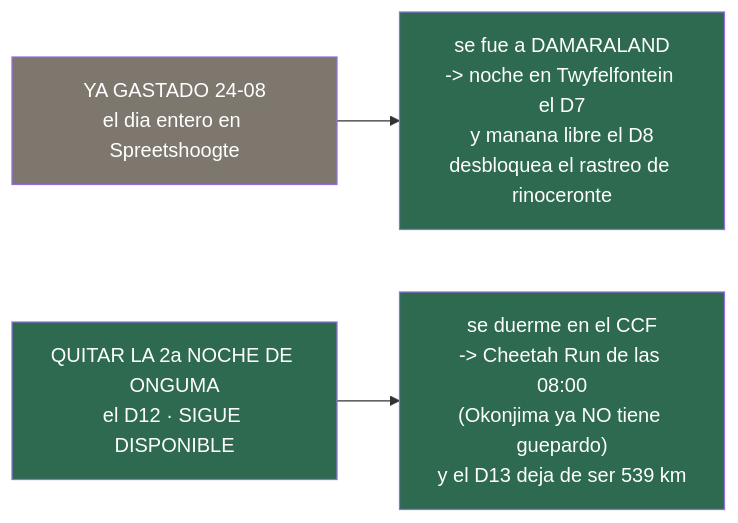
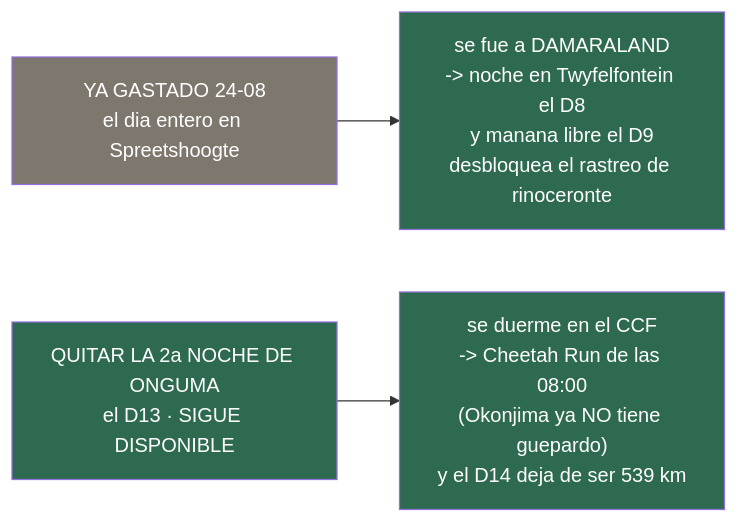
One commit to morandeirachema/namibia changed the second of 2 diagrams in 23-desvios-que-valen-la-pena.md. Above: the diagram before and after it, drawn with Mermaid. The commit also changed other lines of this file and 54 other files, not shown here.

````diff
--- a/23-desvios-que-valen-la-pena.md
+++ b/23-desvios-que-valen-la-pena.md
@@ -184,10 +184,10 @@
 ```mermaid
 flowchart LR
 %% ancho
-    A["YA GASTADO 24-08<br/>el dia entero en Spreetshoogte"] --> A2["se fue a DAMARALAND<br/>-> noche en Twyfelfontein el D7<br/>y manana libre el D8<br/>desbloquea el rastreo de rinoceronte"]
-    B["QUITAR LA 2a NOCHE DE ONGUMA<br/>el D12 · SIGUE DISPONIBLE"] --> B2["se duerme en el CCF<br/>-> Cheetah Run de las 08:00<br/>(Okonjima ya NO tiene guepardo)<br/>y el D13 deja de ser 539 km"]
+    A["YA GASTADO 24-08<br/>el dia entero en Spreetshoogte"] --> A2["se fue a DAMARALAND<br/>-> noche en Twyfelfontein el D8<br/>y manana libre el D9<br/>desbloquea el rastreo de rinoceronte"]
+    B["QUITAR LA 2a NOCHE DE ONGUMA<br/>el D13 · SIGUE DISPONIBLE"] --> B2["se duerme en el CCF<br/>-> Cheetah Run de las 08:00<br/>(Okonjima ya NO tiene guepardo)<br/>y el D14 deja de ser 539 km"]
     style A fill:#7D776E,color:#fff
     style B fill:#2d6a4f,color:#fff
     style A2 fill:#2d6a4f,color:#fff
     style B2 fill:#2d6a4f,color:#fff
 ```
````
